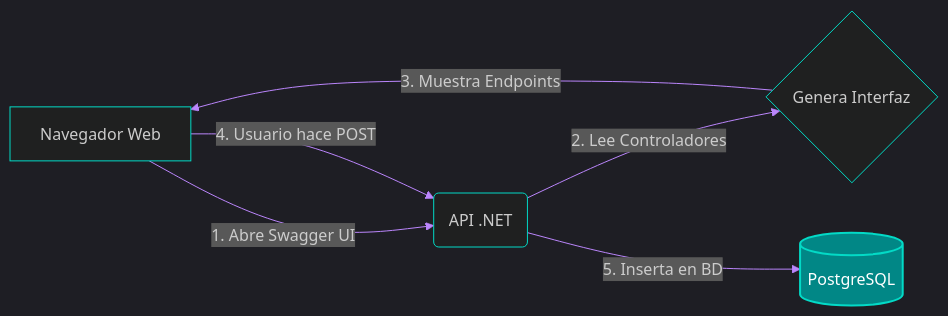
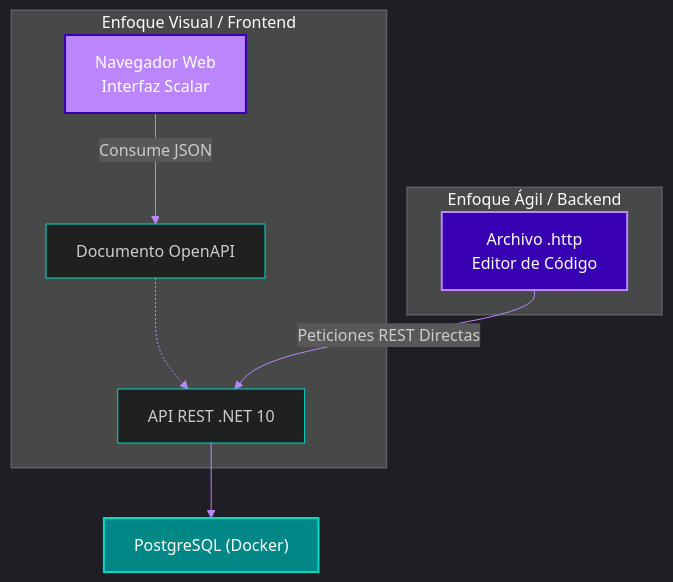
One commit to ConsSorto/ConsSorto.github.io changed the diagram in is-912/fase-1/7.md. Above: the diagram before and after it, drawn with Mermaid. The commit also changed other lines of this file, not shown here.

Commit message:
feat: actualizar contenido de la clase 7 con Scalar y pruebas REST Client (.http)

````diff
--- a/is-912/fase-1/7.md
+++ b/is-912/fase-1/7.md
@@ -20,12 +23,20 @@
 ```mermaid
 %%{init: {'theme': 'dark', 'themeVariables': { 'lineColor': '#BB86FC', 'primaryColor': '#3700B3', 'nodeBorder': '#03DAC6' }}}%%
-graph LR
-    A[Navegador Web] -->|1. Abre Swagger UI| B(API .NET)
-    B -->|2. Lee Controladores| C{Genera Interfaz}
-    C -->|3. Muestra Endpoints| A
+graph TD
+    API[API REST .NET 10]
     
-    A -->|4. Usuario hace POST| B
-    B -->|5. Inserta en BD| DB[(PostgreSQL)]
+    subgraph EnfoqueVisual [Enfoque Visual / Frontend]
+        UI["Navegador Web <br/> Interfaz Scalar"] --> |Consume JSON| OpenAPI[Documento OpenAPI]
+        OpenAPI -.-> API
+    end
+    
+    subgraph EnfoqueAgil [Enfoque Ágil / Backend]
+        HTTP["Archivo .http <br/> Editor de Código"] --> |Peticiones REST Directas| API
+    end
+    
+    API --> DB["PostgreSQL (Docker)"]
     
     style DB fill:#018786,stroke:#03DAC6,stroke-width:2px,color:#fff
+    style UI fill:#BB86FC,stroke:#3700B3,stroke-width:2px,color:#fff
+    style HTTP fill:#3700B3,stroke:#BB86FC,stroke-width:2px,color:#fff
 ```
````
